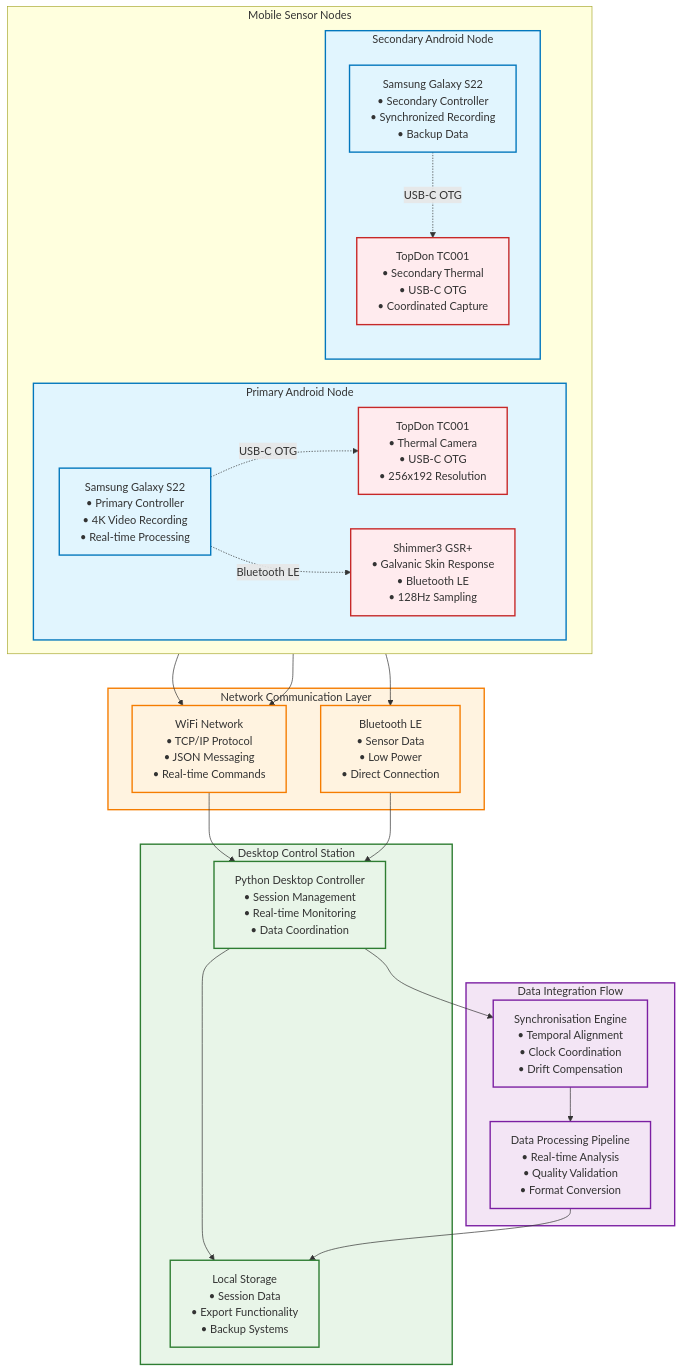
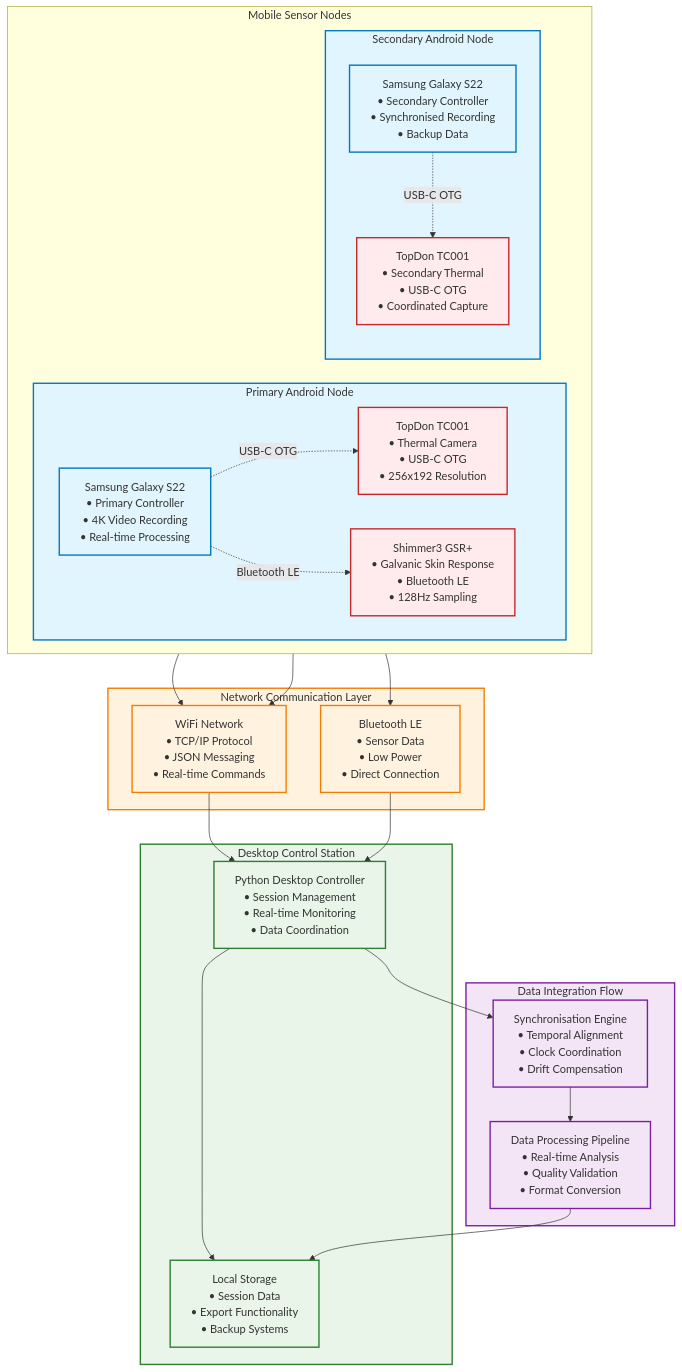
Before and after one commit to buccancs/fyp-multi-sensor-recording-system: the fifth of 19 diagrams in docs/diagrams/missing_diagrams_generated.md, drawn with Mermaid. The commit also changed other lines of this file and 46 other files, not shown here.

````diff
--- a/docs/diagrams/missing_diagrams_generated.md
+++ b/docs/diagrams/missing_diagrams_generated.md
@@ -233,64 +233,64 @@
 ```mermaid
 graph TB
     subgraph MOBILE_NODES ["Mobile Sensor Nodes"]
         direction LR
         
         subgraph NODE1 ["Primary Android Node"]
             S22_PRIMARY["Samsung Galaxy S22<br/>• Primary Controller<br/>• 4K Video Recording<br/>• Real-time Processing"]
             THERMAL_PRIMARY["TopDon TC001<br/>• Thermal Camera<br/>• USB-C OTG<br/>• 256x192 Resolution"]
             GSR_PRIMARY["Shimmer3 GSR+<br/>• Galvanic Skin Response<br/>• Bluetooth LE<br/>• 128Hz Sampling"]
         end
         
         subgraph NODE2 ["Secondary Android Node"]
-            S22_SECONDARY["Samsung Galaxy S22<br/>• Secondary Controller<br/>• Synchronized Recording<br/>• Backup Data"]
+            S22_SECONDARY["Samsung Galaxy S22<br/>• Secondary Controller<br/>• Synchronised Recording<br/>• Backup Data"]
             THERMAL_SECONDARY["TopDon TC001<br/>• Secondary Thermal<br/>• USB-C OTG<br/>• Coordinated Capture"]
         end
     end
     
     subgraph DESKTOP_CONTROL ["Desktop Control Station"]
         PC_CONTROLLER["Python Desktop Controller<br/>• Session Management<br/>• Real-time Monitoring<br/>• Data Coordination"]
         STORAGE["Local Storage<br/>• Session Data<br/>• Export Functionality<br/>• Backup Systems"]
     end
     
     subgraph NETWORK_LAYER ["Network Communication Layer"]
         WIFI_NET["WiFi Network<br/>• TCP/IP Protocol<br/>• JSON Messaging<br/>• Real-time Commands"]
         BT_NET["Bluetooth LE<br/>• Sensor Data<br/>• Low Power<br/>• Direct Connection"]
     end
     
     subgraph DATA_FLOW ["Data Integration Flow"]
         SYNC_ENGINE["Synchronisation Engine<br/>• Temporal Alignment<br/>• Clock Coordination<br/>• Drift Compensation"]
         DATA_PROCESSOR["Data Processing Pipeline<br/>• Real-time Analysis<br/>• Quality Validation<br/>• Format Conversion"]
     end
     
     %% Hardware connections
     S22_PRIMARY -.->|USB-C OTG| THERMAL_PRIMARY
     S22_PRIMARY -.->|Bluetooth LE| GSR_PRIMARY
     S22_SECONDARY -.->|USB-C OTG| THERMAL_SECONDARY
     
     %% Network connections
     NODE1 --> WIFI_NET
     NODE2 --> WIFI_NET
     GSR_PRIMARY --> BT_NET
     
     %% Control connections
     WIFI_NET --> PC_CONTROLLER
     BT_NET --> PC_CONTROLLER
     PC_CONTROLLER --> STORAGE
     
     %% Data processing
     PC_CONTROLLER --> SYNC_ENGINE
     SYNC_ENGINE --> DATA_PROCESSOR
     DATA_PROCESSOR --> STORAGE
     
     classDef mobile fill:#e1f5fe,stroke:#0277bd,stroke-width:2px
     classDef desktop fill:#e8f5e8,stroke:#2e7d32,stroke-width:2px
     classDef network fill:#fff3e0,stroke:#f57c00,stroke-width:2px
     classDef data fill:#f3e5f5,stroke:#7b1fa2,stroke-width:2px
     classDef hardware fill:#ffebee,stroke:#c62828,stroke-width:2px
     
     class S22_PRIMARY,S22_SECONDARY,NODE1,NODE2 mobile
     class PC_CONTROLLER,STORAGE,DESKTOP_CONTROL desktop
     class WIFI_NET,BT_NET,NETWORK_LAYER network
     class SYNC_ENGINE,DATA_PROCESSOR,DATA_FLOW data
     class THERMAL_PRIMARY,THERMAL_SECONDARY,GSR_PRIMARY hardware
 ```
````
